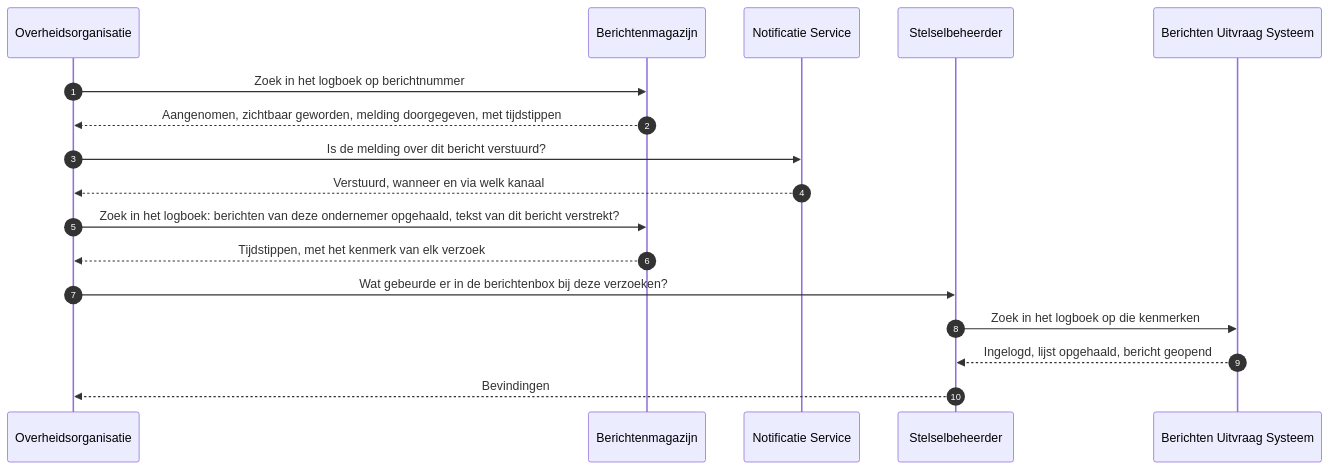
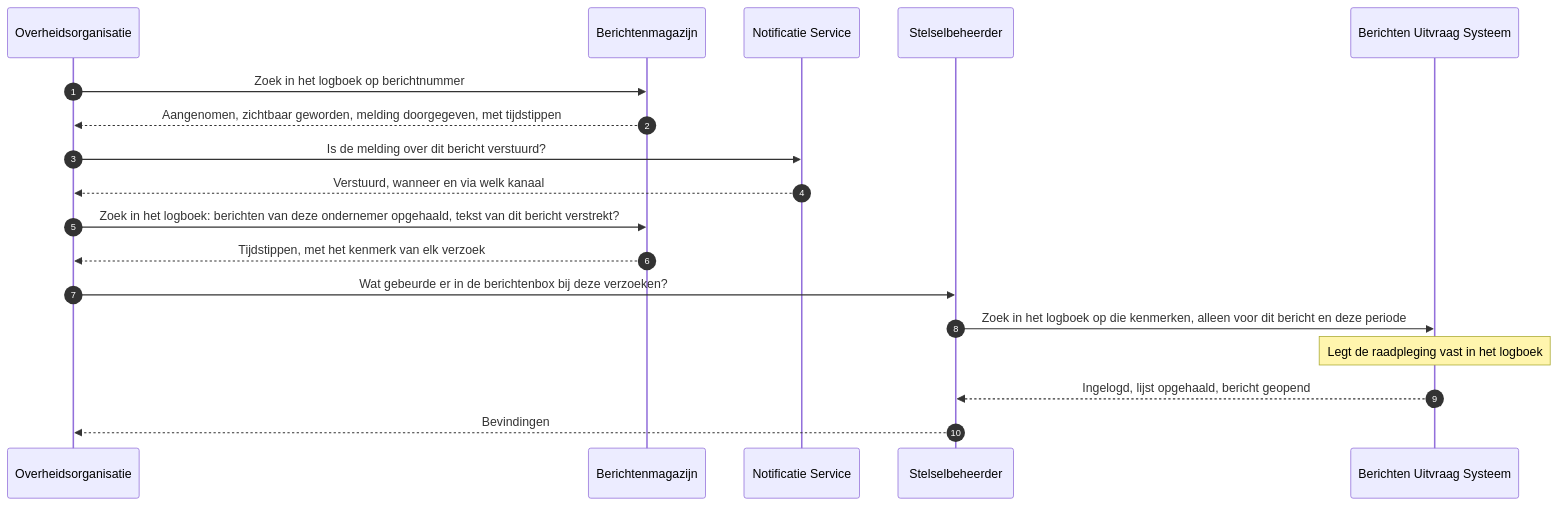
One commit to MinBZK/moza-poc-fbs-berichtenbox changed the diagram in docs/architecture/workspace-docs/13-uc9-bericht-gezien.md. Above: the diagram before and after it, drawn with Mermaid. The commit also changed other lines of this file and 10 other files, not shown here.

````diff
--- a/docs/architecture/workspace-docs/13-uc9-bericht-gezien.md
+++ b/docs/architecture/workspace-docs/13-uc9-bericht-gezien.md
@@ -32,20 +33,21 @@
 ```mermaid
 sequenceDiagram
     autonumber
     participant ORG as Overheidsorganisatie
     participant MAG as Berichtenmagazijn
     participant NOT as Notificatie Service
     participant SB as Stelselbeheerder
     participant FBS as Berichten Uitvraag Systeem
 
     ORG->>MAG: Zoek in het logboek op berichtnummer
     MAG-->>ORG: Aangenomen, zichtbaar geworden, melding doorgegeven, met tijdstippen
     ORG->>NOT: Is de melding over dit bericht verstuurd?
     NOT-->>ORG: Verstuurd, wanneer en via welk kanaal
     ORG->>MAG: Zoek in het logboek: berichten van deze ondernemer opgehaald, tekst van dit bericht verstrekt?
     MAG-->>ORG: Tijdstippen, met het kenmerk van elk verzoek
     ORG->>SB: Wat gebeurde er in de berichtenbox bij deze verzoeken?
-    SB->>FBS: Zoek in het logboek op die kenmerken
+    SB->>FBS: Zoek in het logboek op die kenmerken, alleen voor dit bericht en deze periode
+    Note over FBS: Legt de raadpleging vast in het logboek
     FBS-->>SB: Ingelogd, lijst opgehaald, bericht geopend
     SB-->>ORG: Bevindingen
 ```
````
